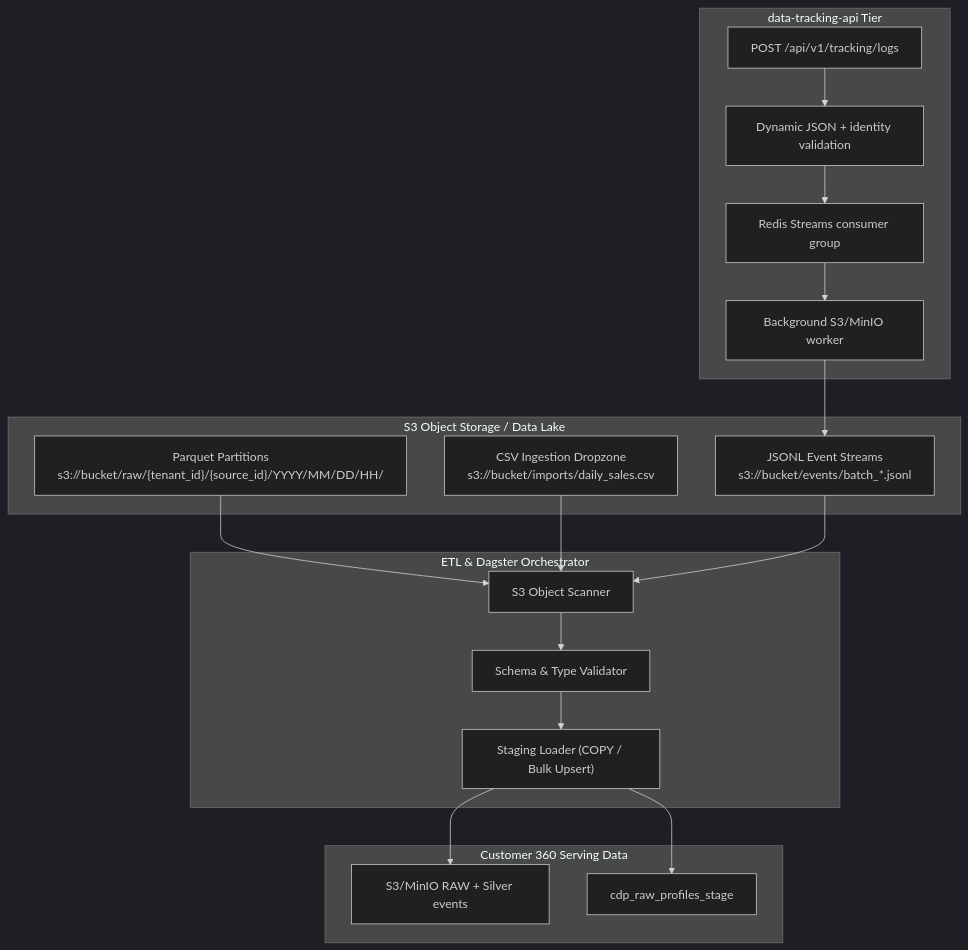
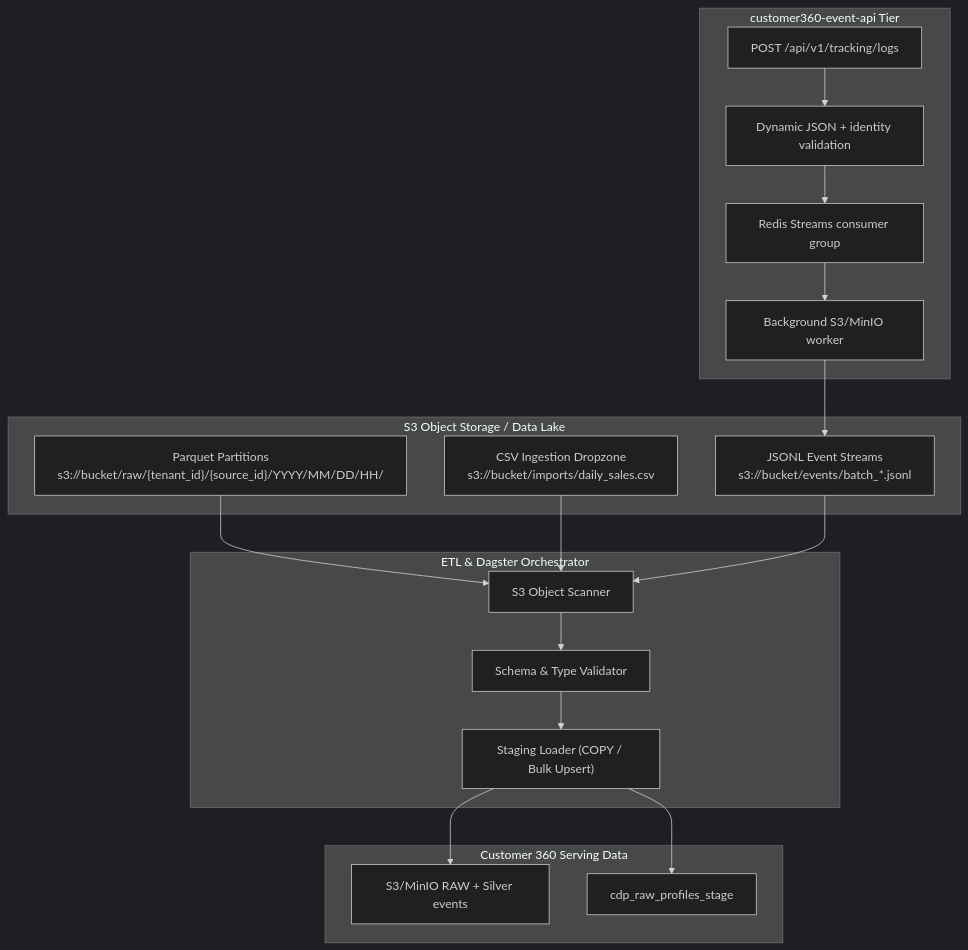
The diagram in docs/data-sources/4-s3-files-synch.md (LEO-CDP/leo-customer360), drawn with Mermaid (dark theme) before and after one commit. The commit also changed other lines of this file and 117 other files, not shown here.

Commit message:
refactoring, rename folder data-tracking-api to customer360-event-api

````diff
--- a/docs/data-sources/4-s3-files-synch.md
+++ b/docs/data-sources/4-s3-files-synch.md
@@ -7,34 +7,34 @@
 ```mermaid
 flowchart TD
     subgraph DataLake["S3 Object Storage / Data Lake"]
         PARQUET["Parquet Partitions\ns3://bucket/raw/{tenant_id}/{source_id}/YYYY/MM/DD/HH/"]
         CSV["CSV Ingestion Dropzone\ns3://bucket/imports/daily_sales.csv"]
         JSONL["JSONL Event Streams\ns3://bucket/events/batch_*.jsonl"]
     end
 
-    subgraph TrackingAPI["data-tracking-api Tier"]
+    subgraph TrackingAPI["customer360-event-api Tier"]
         INGEST["POST /api/v1/tracking/logs"]
         SCHEMA["Dynamic JSON + identity validation"]
         STREAM["Redis Streams consumer group"]
         WORKER["Background S3/MinIO worker"]
     end
 
     subgraph BatchETL["ETL & Dagster Orchestrator"]
         DISCOVER["S3 Object Scanner"]
         VALIDATE["Schema & Type Validator"]
         LOADER["Staging Loader (COPY / Bulk Upsert)"]
     end
 
     subgraph CDPDatabase["Customer 360 Serving Data"]
         RAW_EVT["S3/MinIO RAW + Silver events"]
         RAW_PRF["cdp_raw_profiles_stage"]
     end
 
     INGEST --> SCHEMA --> STREAM --> WORKER --> JSONL
     PARQUET --> DISCOVER
     CSV --> DISCOVER
     JSONL --> DISCOVER
     DISCOVER --> VALIDATE --> LOADER
     LOADER --> RAW_EVT
     LOADER --> RAW_PRF
 ```
````
